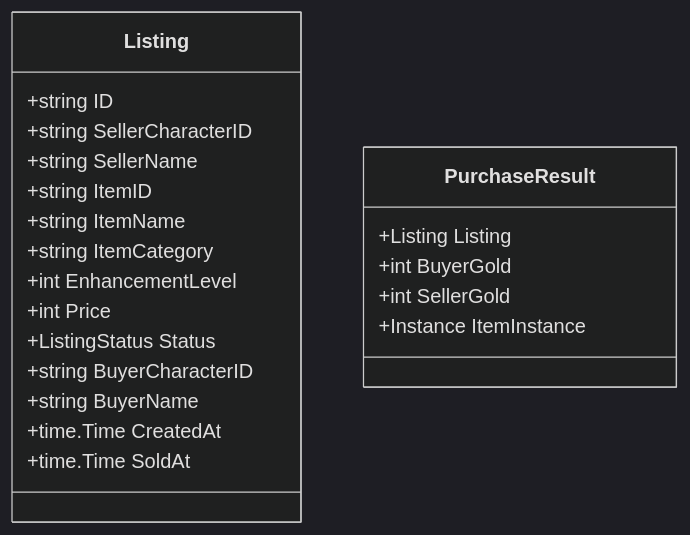
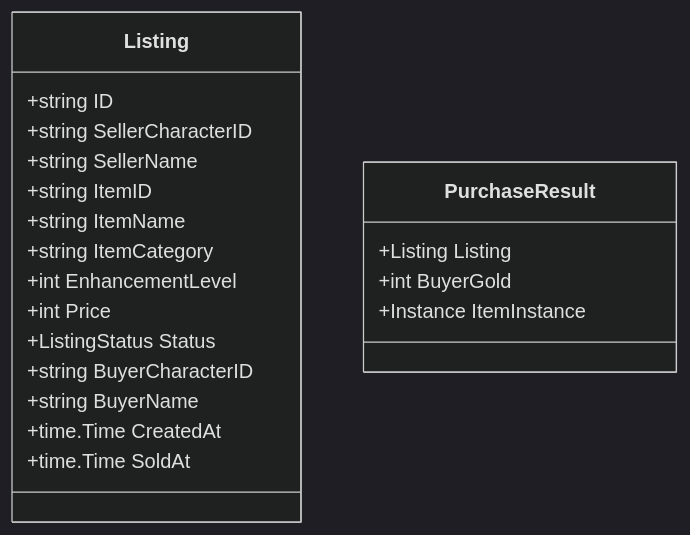
One commit to witchcraze/party2re changed the diagram in docs/design/fleamarket.md. Above: the diagram before and after it, drawn with Mermaid (dark theme). The commit also changed other lines of this file and 20 other files, not shown here.

````diff
--- a/docs/design/fleamarket.md
+++ b/docs/design/fleamarket.md
@@ -34,25 +33,24 @@
 ```mermaid
 classDiagram
     class Listing {
         +string ID
         +string SellerCharacterID
         +string SellerName
         +string ItemID
         +string ItemName
         +string ItemCategory
         +int EnhancementLevel
         +int Price
         +ListingStatus Status
         +string BuyerCharacterID
         +string BuyerName
         +time.Time CreatedAt
         +time.Time SoldAt
     }
 
     class PurchaseResult {
         +Listing Listing
         +int BuyerGold
-        +int SellerGold
         +Instance ItemInstance
     }
 ```
````
